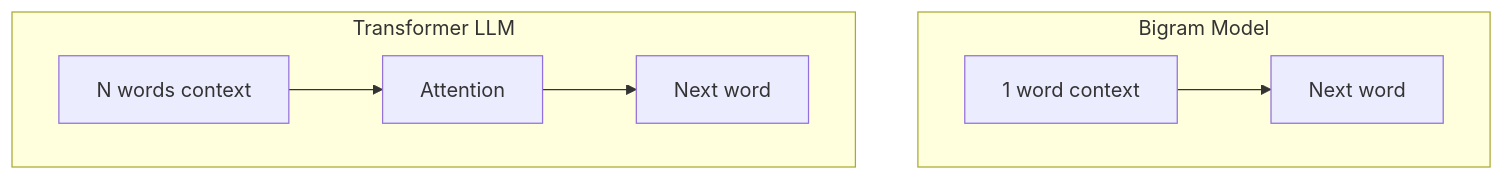
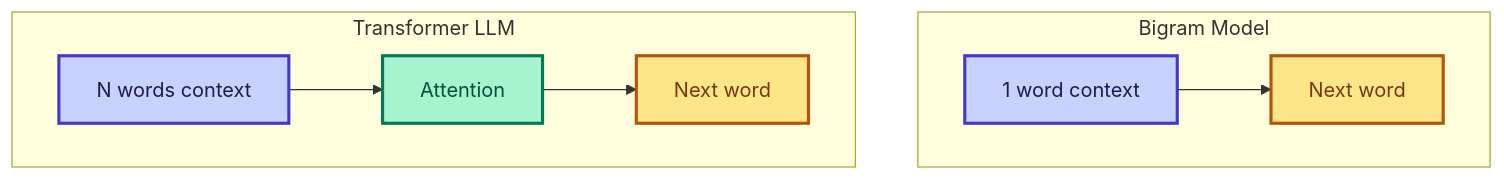
Before and after one commit to bhNibir/build-own-llm: the diagram in content/docs/part-02-bigram/01-bigram-concept.mdx, drawn with Mermaid. The commit also changed 22 other files, not shown here.

First line of the commit message:
Refactor Mermaid and diagram styles for improved readability and consistency

````diff
--- a/content/docs/part-02-bigram/01-bigram-concept.mdx
+++ b/content/docs/part-02-bigram/01-bigram-concept.mdx
@@ -38,10 +38,13 @@
 ```mermaid
 flowchart TD
     subgraph bigram [Bigram Model]
-        w1[1 word context] --> pred1[Next word]
+        w1["1 word context"]:::input --> pred1["Next word"]:::output
     end
     subgraph llm [Transformer LLM]
-        wN[N words context] --> attn[Attention]
-        attn --> pred2[Next word]
+        wN["N words context"]:::input --> attn["Attention"]:::process
+        attn --> pred2["Next word"]:::output
     end
+    classDef input fill:#C7D2FE,color:#1E1B4B,stroke:#4338CA,stroke-width:2.5px
+    classDef process fill:#A7F3D0,color:#064E3B,stroke:#047857,stroke-width:2.5px
+    classDef output fill:#FDE68A,color:#78350F,stroke:#B45309,stroke-width:2.5px
 ```
````
